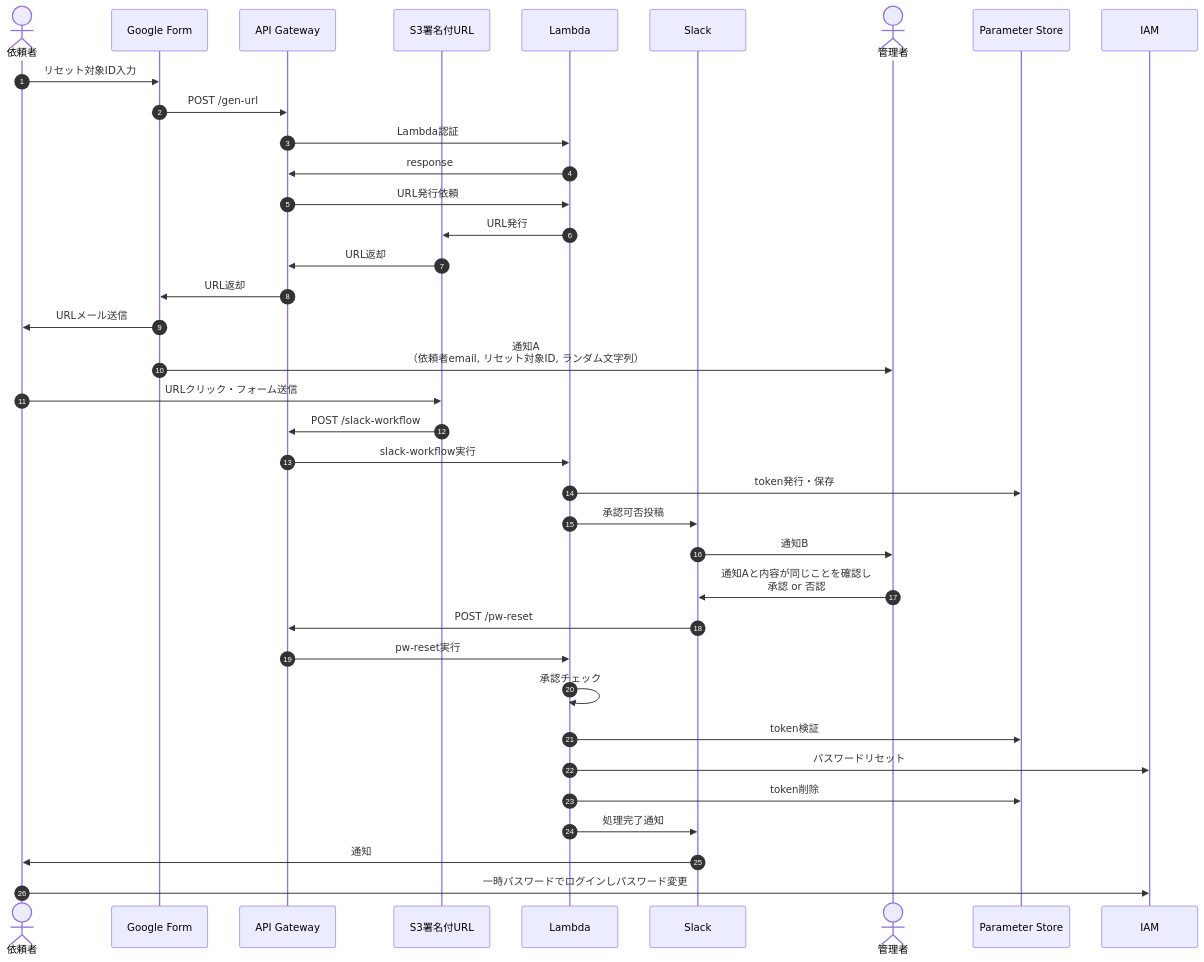
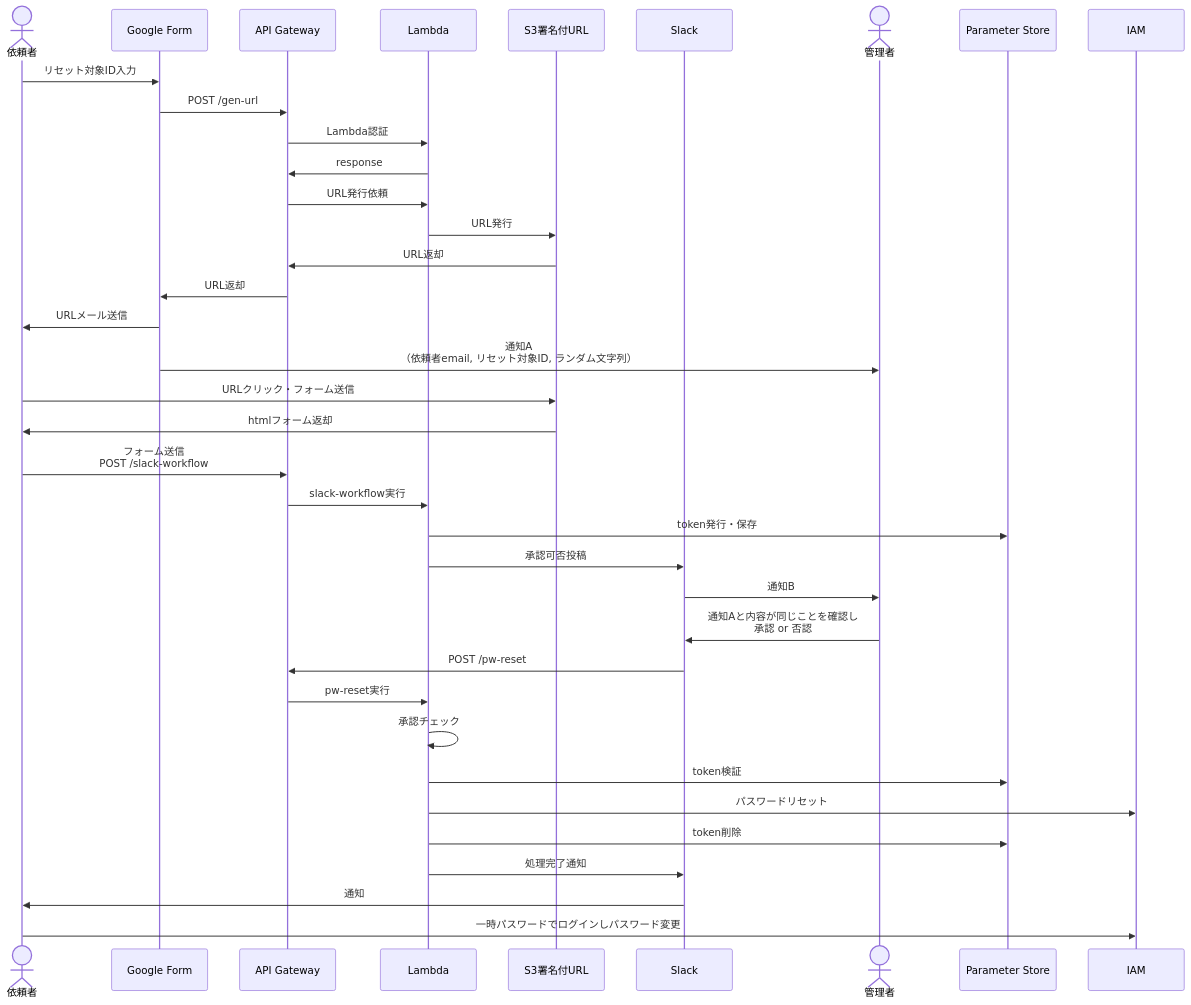
One commit to hige-dev/pw-reset changed the diagram in README.md. Above: the diagram before and after it, drawn with Mermaid.

Commit message:
fix sequence

````diff
--- a/README.md
+++ b/README.md
@@ -66,39 +66,39 @@
 ```mermaid
 sequenceDiagram
-  autonumber
   actor line_2 as 依頼者
   participant line_1 as Google Form
   participant line_3 as API Gateway
+  participant line_5 as Lambda
   participant line_4 as S3署名付URL
-  participant line_5 as Lambda
   participant line_6 as Slack
   actor line_7 as 管理者
   participant line_11 as Parameter Store
   participant line_10 as IAM
   line_2 ->> line_1: リセット対象ID入力
   line_1 ->> line_3: POST /gen-url
   line_3 ->> line_5: Lambda認証
   line_5 ->> line_3: response
   line_3 ->> line_5: URL発行依頼
   line_5 ->> line_4: URL発行
   line_4 ->> line_3: URL返却
   line_3 ->> line_1: URL返却
   line_1 ->> line_2: URLメール送信
   line_1 ->> line_7: 通知A<br>（依頼者email, リセット対象ID, ランダム文字列）
   line_2 ->> line_4: URLクリック・フォーム送信
-  line_4 ->> line_3: POST /slack-workflow
+  line_4 ->> line_2: htmlフォーム返却
+  line_2 ->> line_3: フォーム送信<br>POST /slack-workflow
   line_3 ->> line_5: slack-workflow実行
   line_5 ->> line_11: token発行・保存
   line_5 ->> line_6: 承認可否投稿
   line_6 ->> line_7: 通知B
   line_7 ->> line_6: 通知Aと内容が同じことを確認し<br>承認 or 否認
   line_6 ->> line_3: POST /pw-reset
   line_3 ->> line_5: pw-reset実行
   line_5 ->> line_5: 承認チェック
   line_5 ->> line_11: token検証
   line_5 ->> line_10: パスワードリセット
   line_5 ->> line_11: token削除
   line_5 ->> line_6: 処理完了通知
   line_6 ->> line_2: 通知
   line_2 ->> line_10: 一時パスワードでログインしパスワード変更
 ```
````
